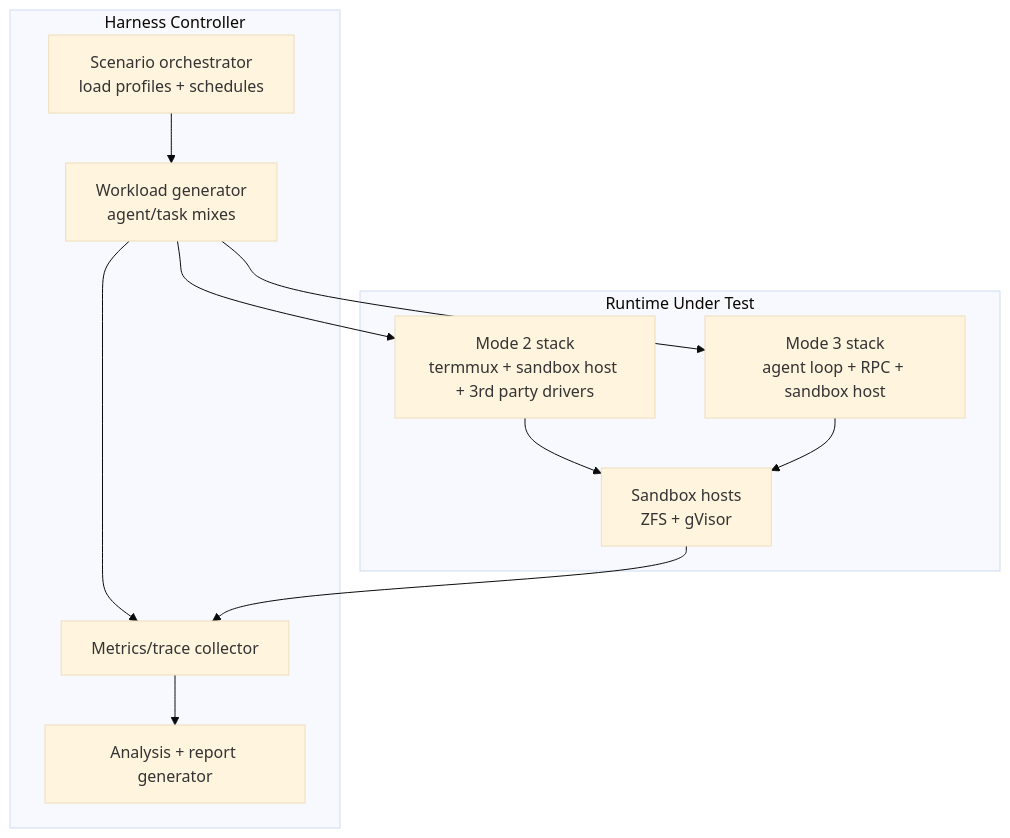
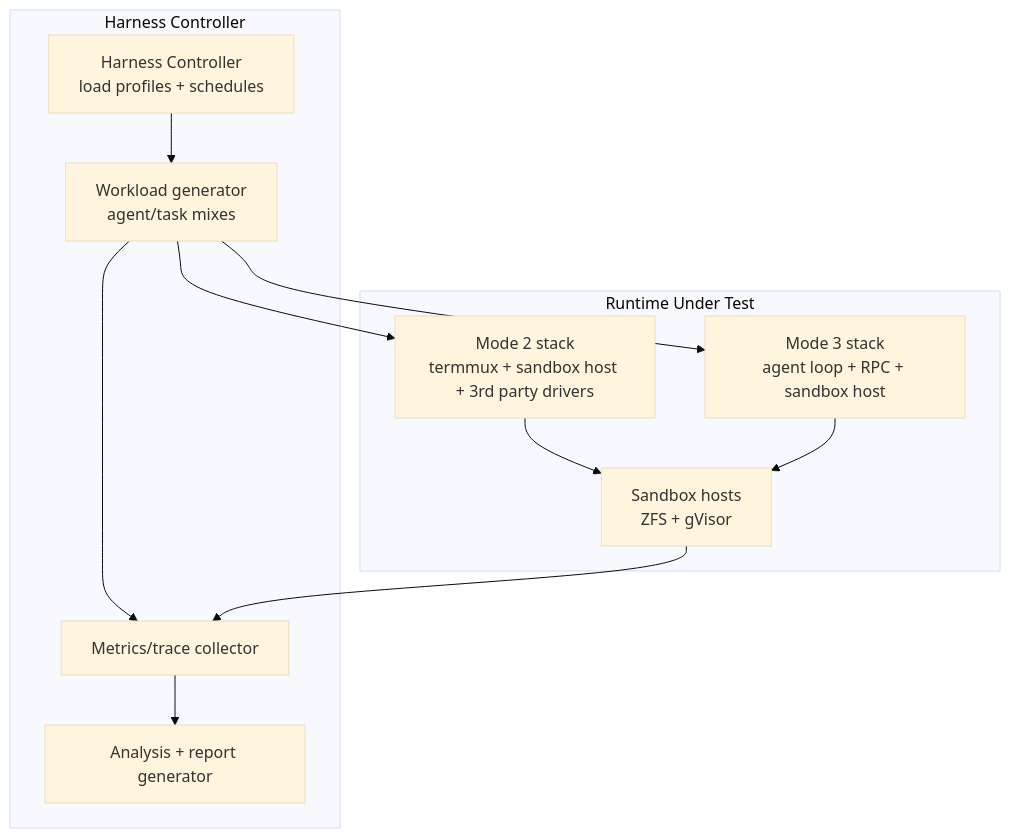
One commit to dcosson/flex-agent-runtime changed the diagram in docs/plans/16-runtime-test-harness.md. Above: the diagram before and after it, drawn with Mermaid (base theme). The commit also changed other lines of this file and 9 other files, not shown here.

````diff
--- a/docs/plans/16-runtime-test-harness.md
+++ b/docs/plans/16-runtime-test-harness.md
@@ -31,25 +31,25 @@
 ```mermaid
 graph TB
     subgraph "Harness Controller"
-        ORCH[Scenario orchestrator\nload profiles + schedules]
+        ORCH[Harness Controller\nload profiles + schedules]
         GEN[Workload generator\nagent/task mixes]
         COL[Metrics/trace collector]
         ANA[Analysis + report generator]
 
         ORCH --> GEN
         GEN --> COL
         COL --> ANA
     end
 
     subgraph "Runtime Under Test"
         M2[Mode 2 stack\ntermmux + sandbox host + 3rd party drivers]
         M3[Mode 3 stack\nagent loop + RPC + sandbox host]
         SB[Sandbox hosts\nZFS + gVisor]
     end
 
     GEN --> M2
     GEN --> M3
     M2 --> SB
     M3 --> SB
     SB --> COL
 ```
````
